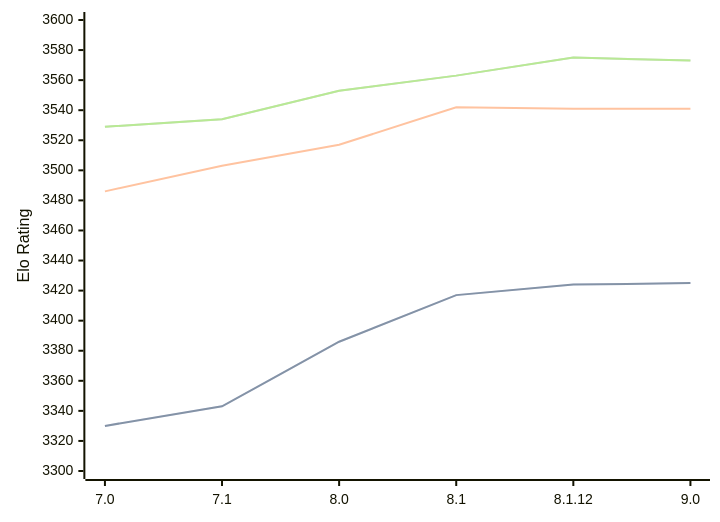
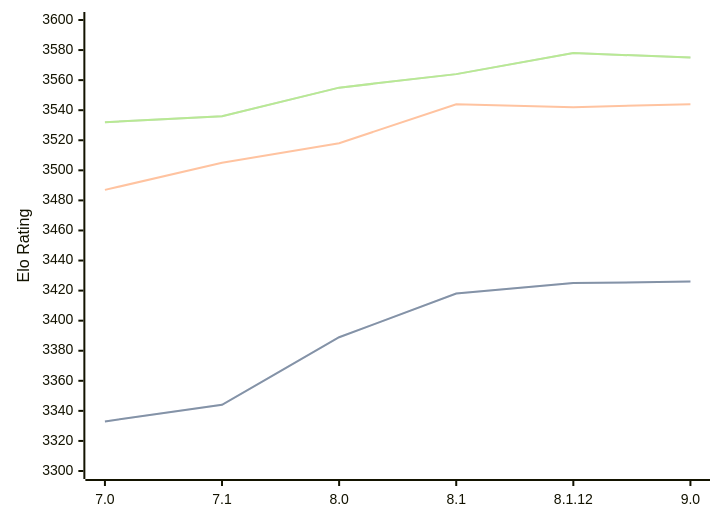
Before and after one commit to computer-chess-index/cci: the diagram in engines/Alexandria.md, drawn with Mermaid. The commit also changed other lines of this file, not shown here.

Commit message:
Update CCI Ratings (ELO VLTC) - 2026-08-22

````diff
--- a/engines/Alexandria.md
+++ b/engines/Alexandria.md
@@ -36,11 +36,11 @@
 ```mermaid
 %%{init: {"theme":"base","themeVariables":{"seriesColors:['#a3a3a3','#222221','#faa371']}}}%%
 xychart-beta
   x-axis ["7.0", "7.1", "8.0", "8.1", "8.1.12", "9.0"]
   y-axis "Elo Rating" 3300 --> 3600
-  line "STC (8.0+0.08s)" [3330, 3343, 3386, 3417, 3424, 3425]
-  line "STC (8.0+0.08s)" [3330, 3343, 3386, 3417, 3424, 3425]
-  line "LTC (60.0+0.60s)" [3486, 3503, 3517, 3542, 3541, 3541]
-  line "VLTC (2m24s+1.12s)" [3529, 3534, 3553, 3563, 3575, 3573]
-  line "VLTC (2m24s+1.12s)" [3529, 3534, 3553, 3563, 3575, 3573]
+  line "STC (8.0+0.08s)" [3333, 3344, 3389, 3418, 3425, 3426]
+  line "STC (8.0+0.08s)" [3333, 3344, 3389, 3418, 3425, 3426]
+  line "LTC (60.0+0.60s)" [3487, 3505, 3518, 3544, 3542, 3544]
+  line "VLTC (2m24s+1.12s)" [3532, 3536, 3555, 3564, 3578, 3575]
+  line "VLTC (2m24s+1.12s)" [3532, 3536, 3555, 3564, 3578, 3575]
 ```
````
